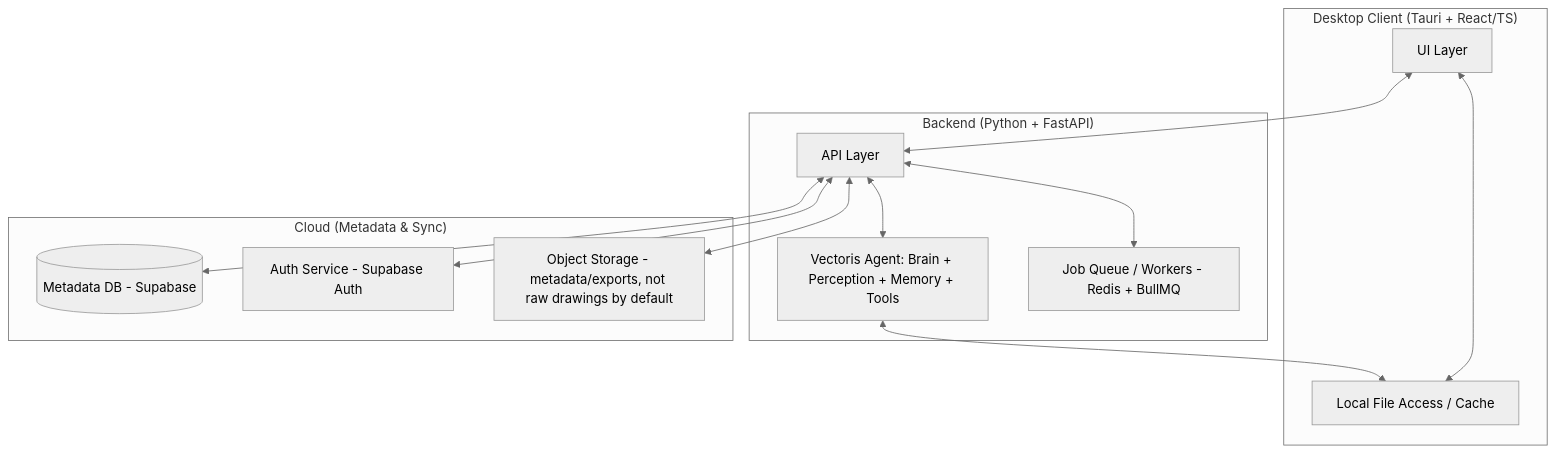
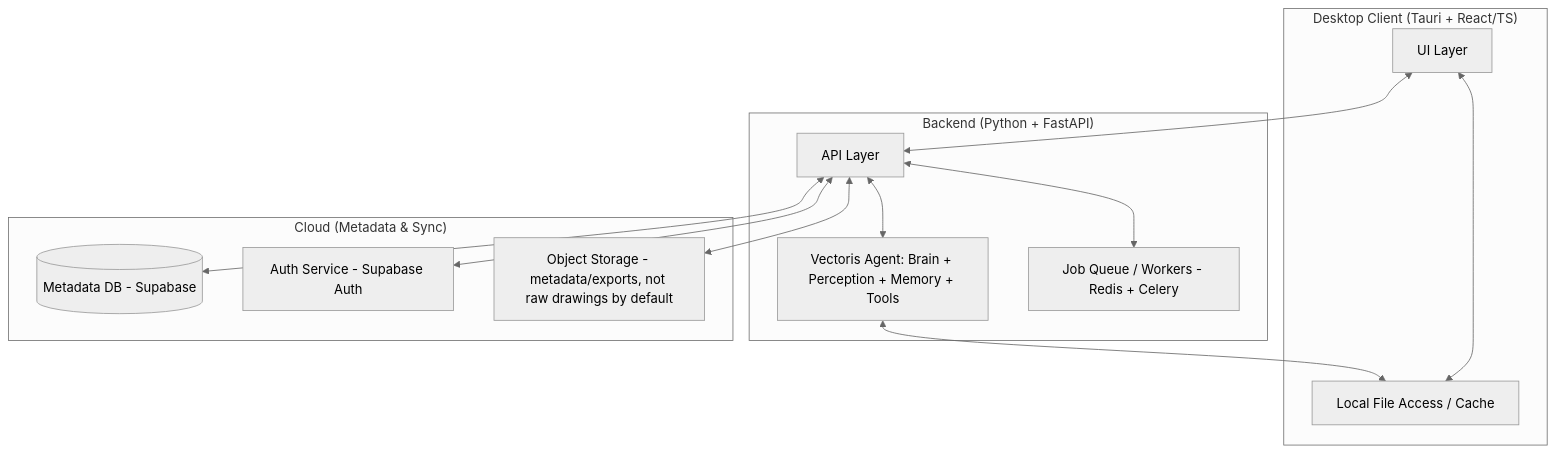
One commit to HardikBhaskar2010/Vectoris changed the first of 2 diagrams in docs/03_ARCHITECTURE/ARCHITECTURE.md. Above: the diagram before and after it, drawn with Mermaid (neutral theme). The commit also changed 2 other files, not shown here.

Commit message:
docs: initialize project documentation with dependency registry, manifest, and architecture overview.

````diff
--- a/docs/03_ARCHITECTURE/ARCHITECTURE.md
+++ b/docs/03_ARCHITECTURE/ARCHITECTURE.md
@@ -11,26 +11,26 @@
 ```mermaid
 flowchart TB
     subgraph Client["Desktop Client (Tauri + React/TS)"]
         UI[UI Layer]
         Local[Local File Access / Cache]
     end
     subgraph Backend["Backend (Python + FastAPI)"]
         API[API Layer]
         Agent[Vectoris Agent: Brain + Perception + Memory + Tools]
-        Jobs[Job Queue / Workers - Redis + BullMQ]
+        Jobs[Job Queue / Workers - Redis + Celery]
     end
     subgraph Cloud["Cloud (Metadata & Sync)"]
         DB[(Metadata DB - Supabase)]
         AuthSvc[Auth Service - Supabase Auth]
         Storage[Object Storage - metadata/exports, not raw drawings by default]
     end
 
     UI <--> API
     Local <--> UI
     API <--> Agent
     API <--> Jobs
     Agent <--> Local
     API <--> DB
     API <--> AuthSvc
     API <--> Storage
 ```
````
